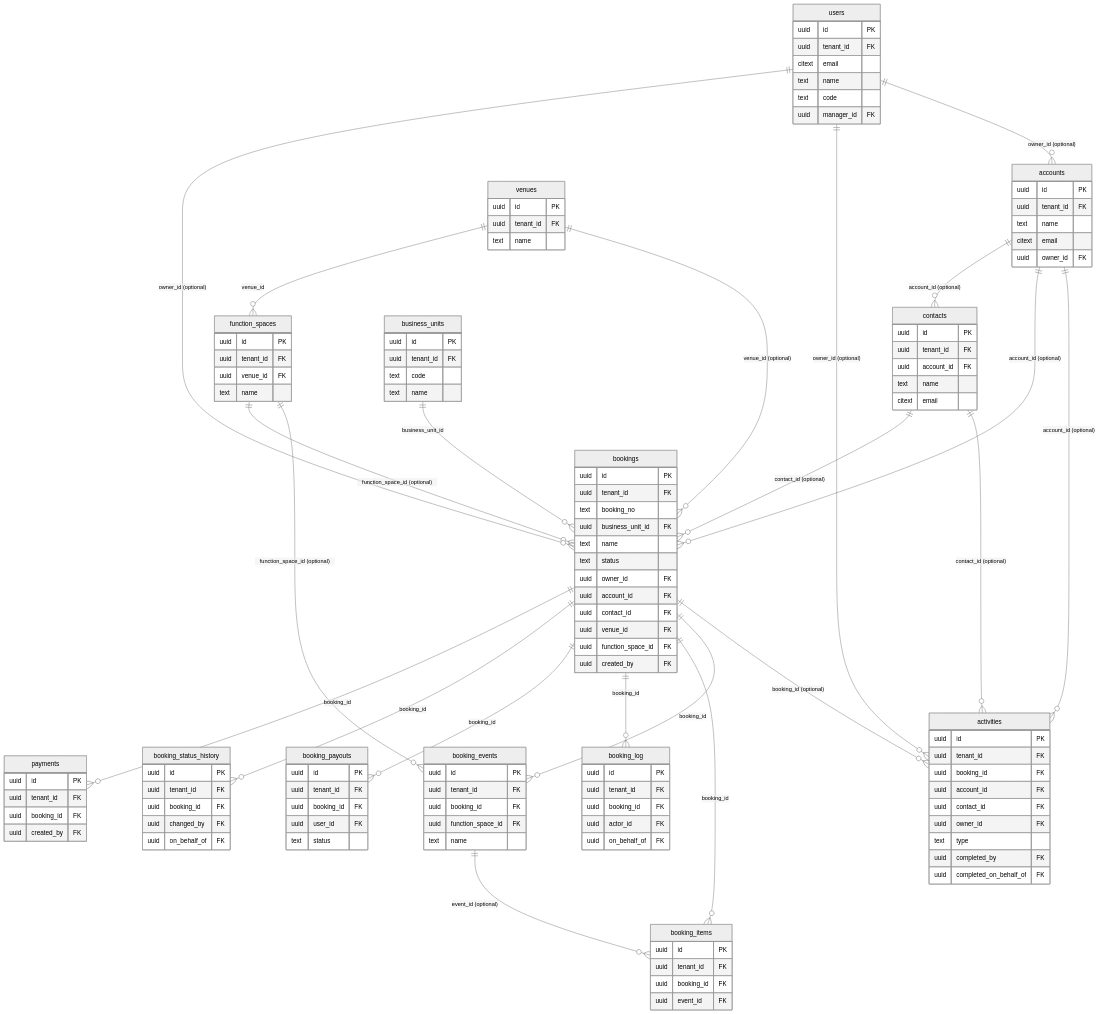
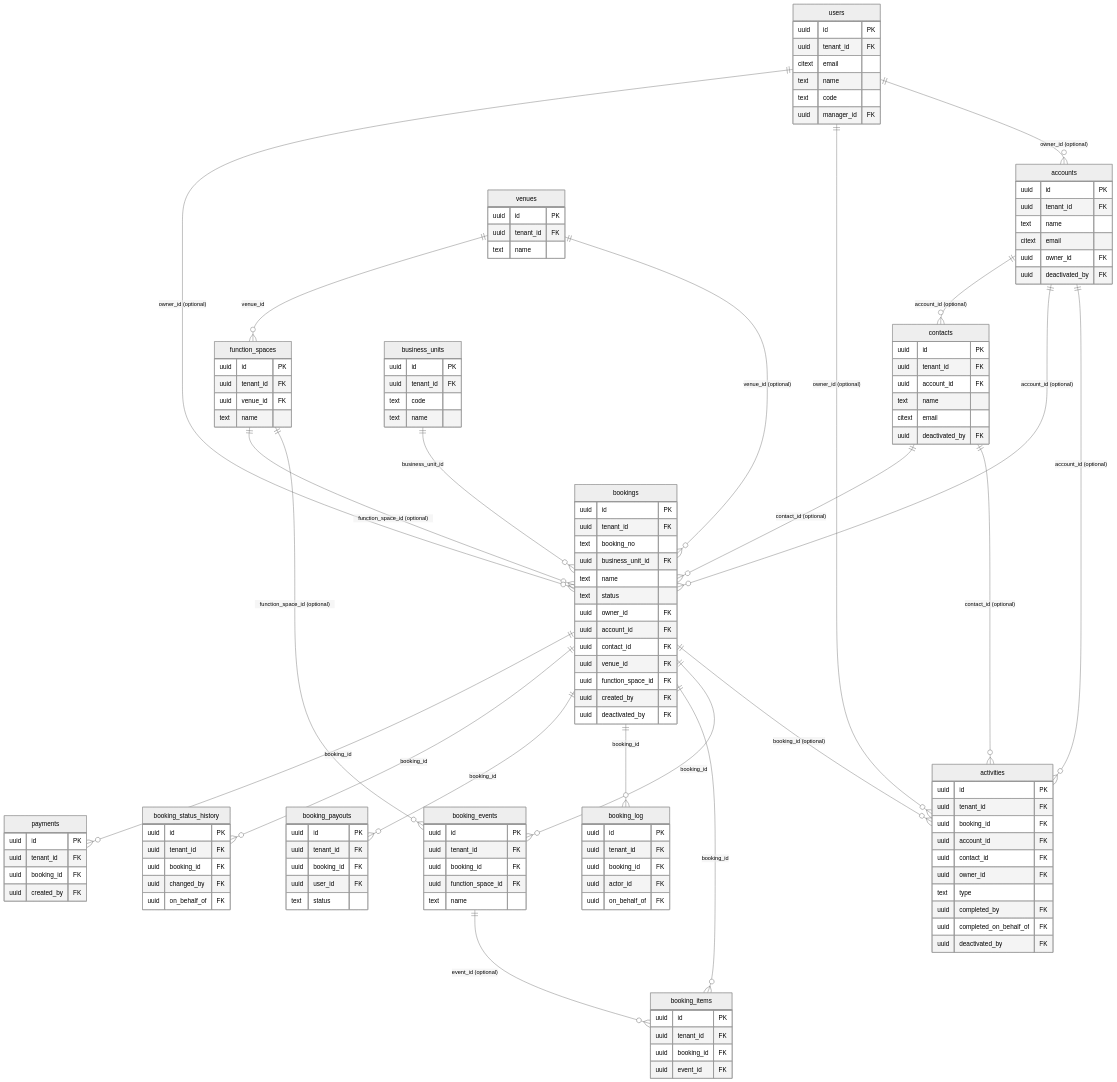
The third of 3 diagrams in docs/DATABASE.md (AlaaOpsAi/SaaSERP), drawn with Mermaid (neutral theme) before and after one commit. The commit also changed other lines of this file and 52 other files, not shown here.

```diff
--- a/docs/DATABASE.md
+++ b/docs/DATABASE.md
@@ -157,6 +161,7 @@
     uuid venue_id FK
     uuid function_space_id FK
     uuid created_by FK
+    uuid deactivated_by FK
   }
   booking_events {
     uuid id PK
@@ -194,6 +199,7 @@
     text type
     uuid completed_by FK
     uuid completed_on_behalf_of FK
+    uuid deactivated_by FK
   }
   booking_status_history {
     uuid id PK
@@ -215,6 +221,7 @@
     uuid account_id FK
     text name
     citext email
+    uuid deactivated_by FK
   }
   accounts {
     uuid id PK
@@ -222,6 +229,7 @@
     text name
     citext email
     uuid owner_id FK
+    uuid deactivated_by FK
   }
   venues {
     uuid id PK
```
